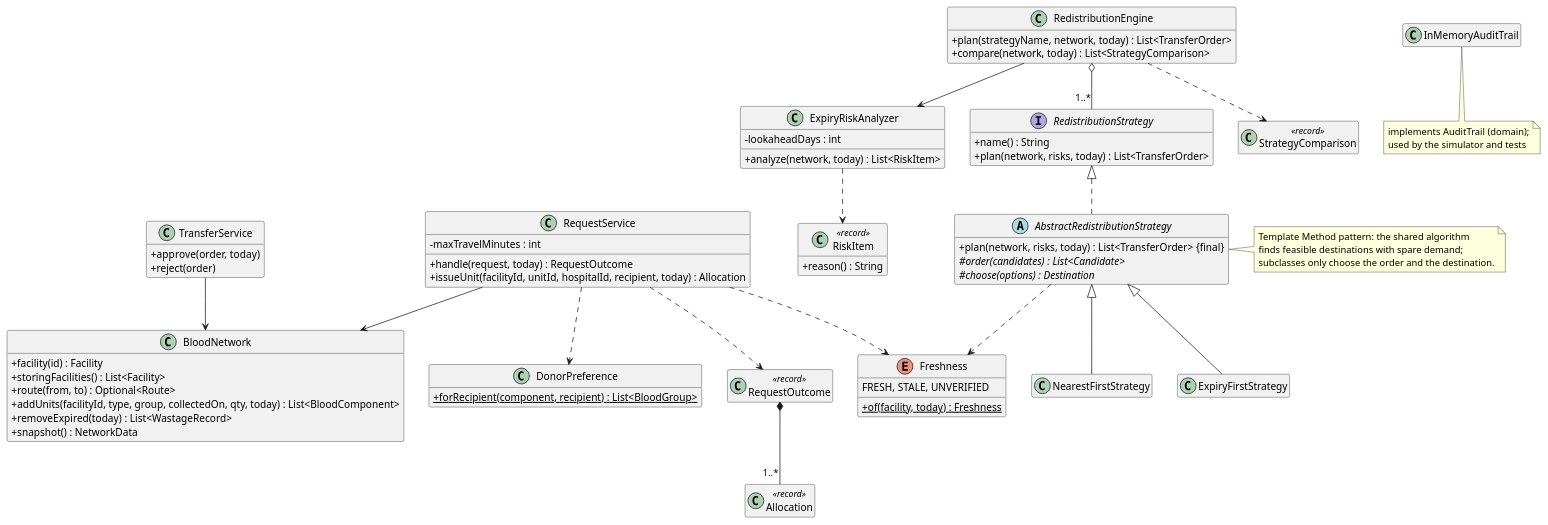
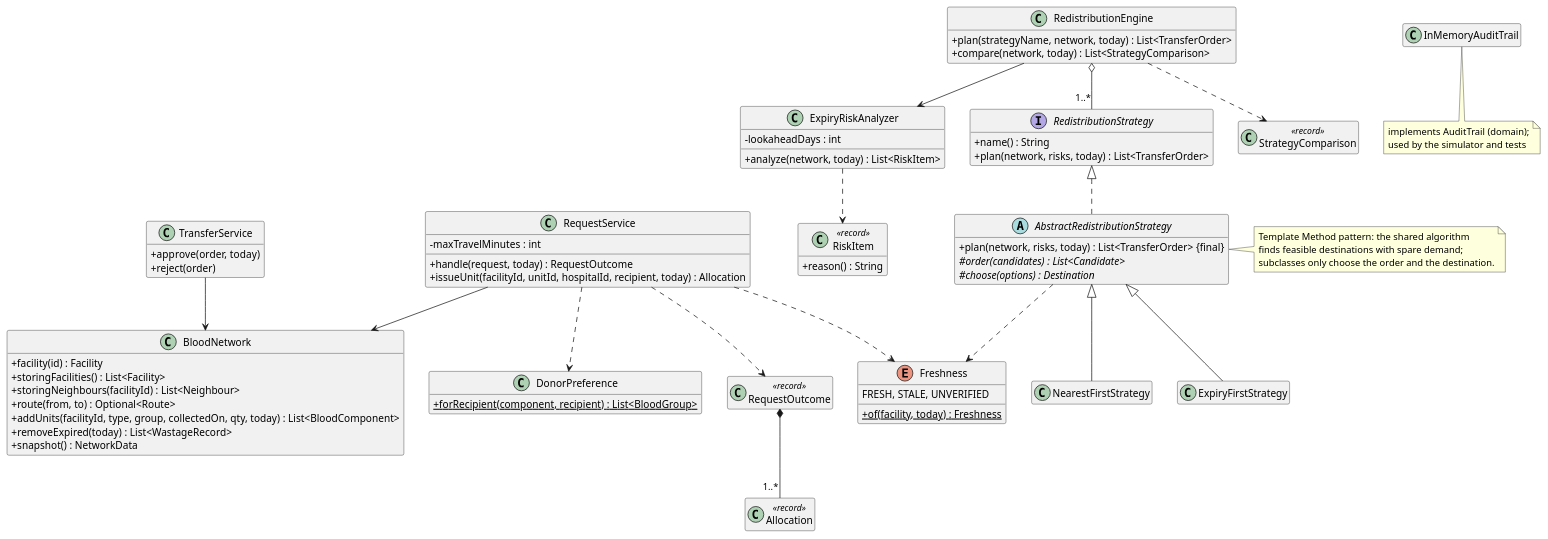
The diagram in docs/uml/engine-classes.puml (pritikakhandelwal/raktsetu), drawn with PlantUML before and after one commit. The commit also changed 39 other files, not shown here.

```diff
--- a/docs/uml/engine-classes.puml
+++ b/docs/uml/engine-classes.puml
@@ -1,84 +1,85 @@
 @startuml engine-classes
 ' RaktSetu engine class diagram (v1, end of Phase 1). Keep in sync with raktsetu-engine.
 skinparam classAttributeIconSize 0
 hide empty members
 
 class BloodNetwork {
   +facility(id) : Facility
   +storingFacilities() : List<Facility>
+  +storingNeighbours(facilityId) : List<Neighbour>
   +route(from, to) : Optional<Route>
   +addUnits(facilityId, type, group, collectedOn, qty, today) : List<BloodComponent>
   +removeExpired(today) : List<WastageRecord>
   +snapshot() : NetworkData
 }
 
 class RequestService {
   -maxTravelMinutes : int
   +handle(request, today) : RequestOutcome
   +issueUnit(facilityId, unitId, hospitalId, recipient, today) : Allocation
 }
 class DonorPreference {
   +{static} forRecipient(component, recipient) : List<BloodGroup>
 }
 class RequestOutcome <<record>>
 class Allocation <<record>>
 
 class ExpiryRiskAnalyzer {
   -lookaheadDays : int
   +analyze(network, today) : List<RiskItem>
 }
 class RiskItem <<record>> {
   +reason() : String
 }
 enum Freshness {
   FRESH, STALE, UNVERIFIED
   +{static} of(facility, today) : Freshness
 }
 
 interface RedistributionStrategy {
   +name() : String
   +plan(network, risks, today) : List<TransferOrder>
 }
 abstract class AbstractRedistributionStrategy {
   +plan(network, risks, today) : List<TransferOrder> {final}
   #{abstract} order(candidates) : List<Candidate>
   #{abstract} choose(options) : Destination
 }
 class NearestFirstStrategy
 class ExpiryFirstStrategy
 class RedistributionEngine {
   +plan(strategyName, network, today) : List<TransferOrder>
   +compare(network, today) : List<StrategyComparison>
 }
 class StrategyComparison <<record>>
 class TransferService {
   +approve(order, today)
   +reject(order)
 }
 class InMemoryAuditTrail
 
 RedistributionStrategy <|.. AbstractRedistributionStrategy
 AbstractRedistributionStrategy <|-- NearestFirstStrategy
 AbstractRedistributionStrategy <|-- ExpiryFirstStrategy
 RedistributionEngine o-- "1..*" RedistributionStrategy
 RedistributionEngine --> ExpiryRiskAnalyzer
 RedistributionEngine ..> StrategyComparison
 ExpiryRiskAnalyzer ..> RiskItem
 AbstractRedistributionStrategy ..> Freshness
 RequestService --> BloodNetwork
 RequestService ..> DonorPreference
 RequestService ..> RequestOutcome
 RequestOutcome *-- "1..*" Allocation
 RequestService ..> Freshness
 TransferService --> BloodNetwork
 
 note right of AbstractRedistributionStrategy
   Template Method pattern: the shared algorithm
   finds feasible destinations with spare demand;
   subclasses only choose the order and the destination.
 end note
 note bottom of InMemoryAuditTrail
   implements AuditTrail (domain);
   used by the simulator and tests
 end note
 @enduml
```
